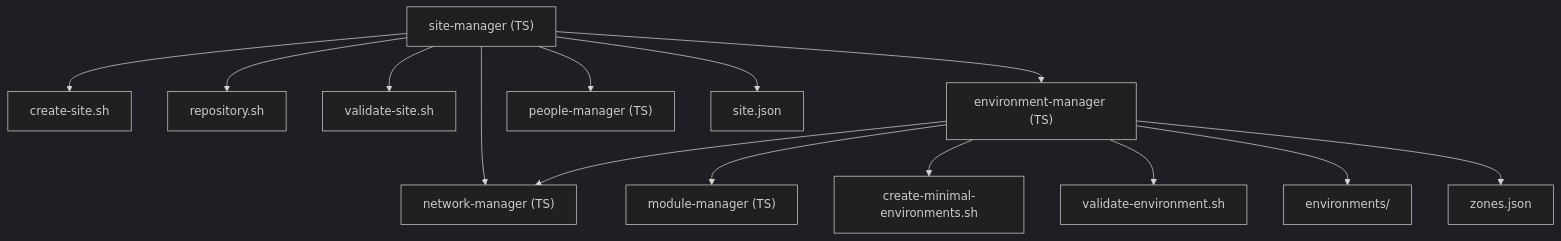
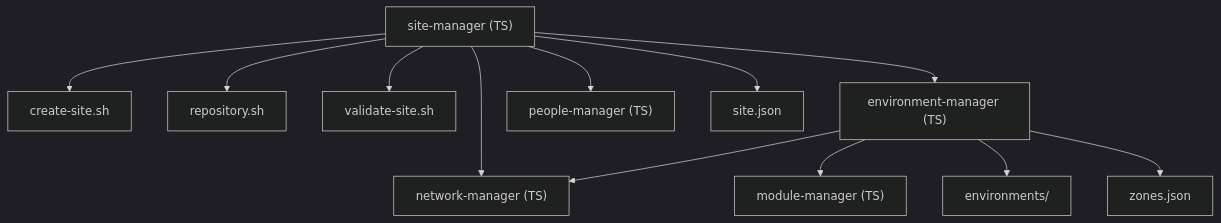
The third of 6 diagrams in src/foundation/DEPENDENCIES.md (TAPPaaS/TAPPaaS), drawn with Mermaid (dark theme) before and after one commit. The commit also changed other lines of this file and 63 other files, not shown here.

````diff
--- a/src/foundation/DEPENDENCIES.md
+++ b/src/foundation/DEPENDENCIES.md
@@ -256,16 +258,14 @@
 ```mermaid
 graph TD
     SM["site-manager (TS)"] --> CST["create-site.sh"]
     SM --> REP["repository.sh"]
     SM --> VST["validate-site.sh"]
     SM --> EM["environment-manager (TS)"]
     SM --> NM["network-manager (TS)"]
     SM --> PM["people-manager (TS)"]
     SM --> SJ["site.json"]
     EM --> NM
     EM --> MM["module-manager (TS)"]
-    EM --> CME["create-minimal-environments.sh"]
-    EM --> VE["validate-environment.sh"]
     EM --> ENV["environments/"]
     EM --> ZJ["zones.json"]
 ```
````
